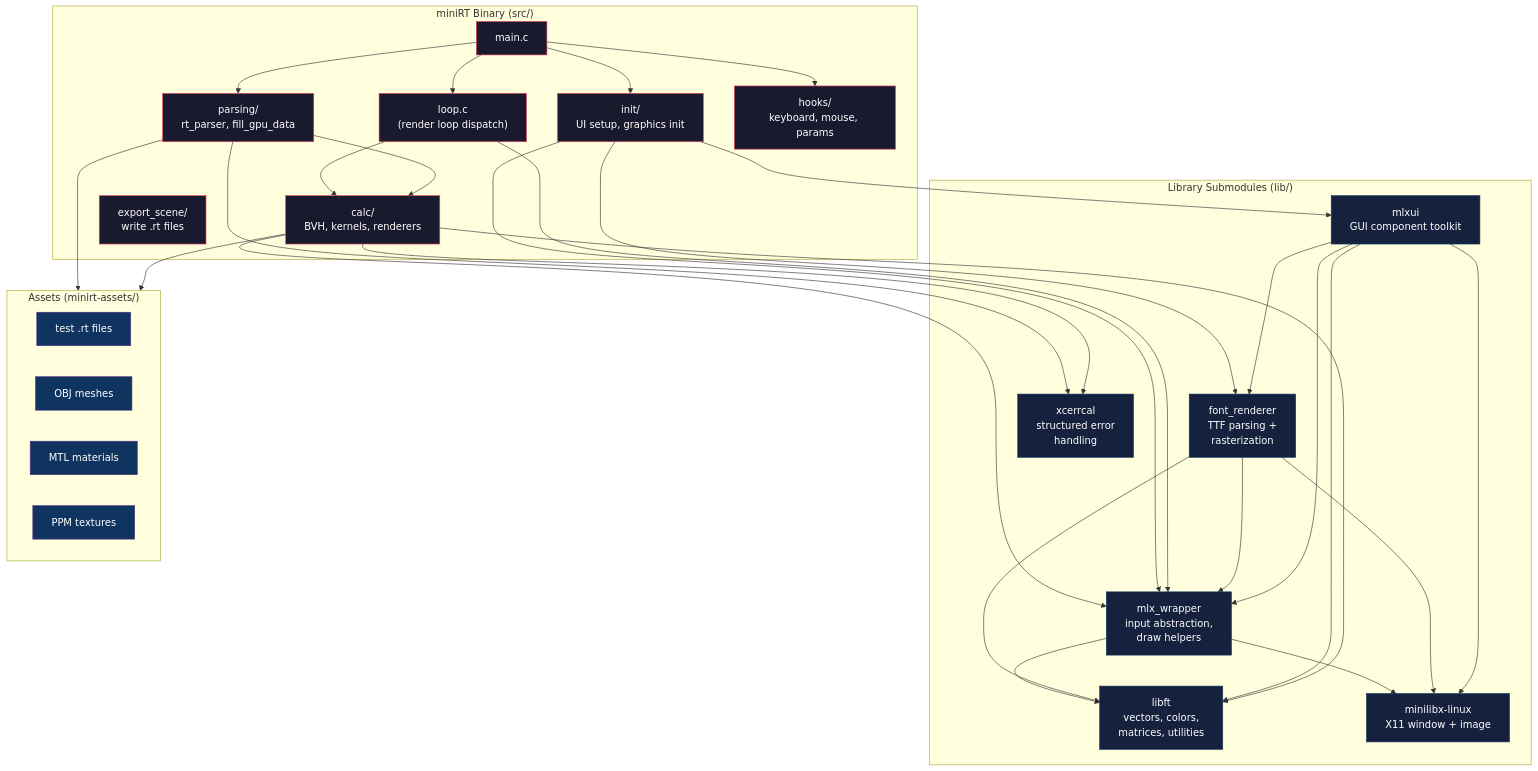
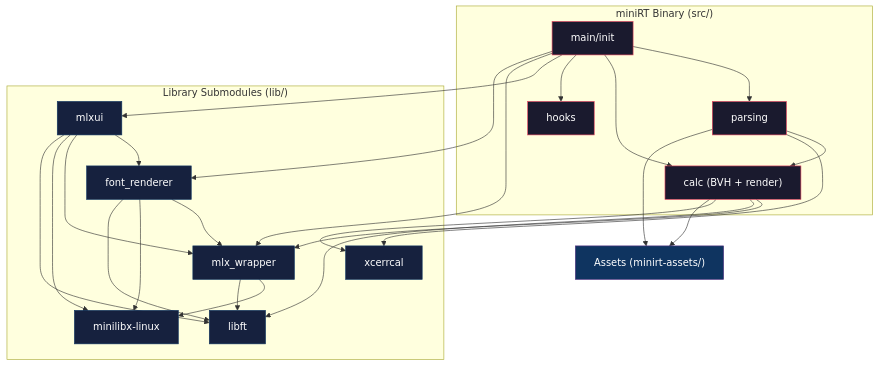
Before and after one commit to PabloBellissant/Minirt: the first of 2 diagrams in docs/01-architecture.md, drawn with Mermaid. The commit also changed other lines of this file and 14 other files, not shown here.

````diff
--- a/docs/01-architecture.md
+++ b/docs/01-architecture.md
@@ -103,64 +106,53 @@
 ```mermaid
 flowchart TB
     subgraph BINARY["miniRT Binary (src/)"]
-        MAIN["main.c"]
-        LOOP["loop.c<br/>(render loop dispatch)"]
-        PARSING["parsing/<br/>rt_parser, fill_gpu_data"]
-        CALC["calc/<br/>BVH, kernels, renderers"]
-        INIT["init/<br/>UI setup, graphics init"]
-        EXPORT["export_scene/<br/>write .rt files"]
-        HOOKS["hooks/<br/>keyboard, mouse, params"]
+        MAIN["main/init"]
+        PARSING["parsing"]
+        CALC["calc (BVH + render)"]
+        HOOKS["hooks"]
     end
 
     subgraph LIBS["Library Submodules (lib/)"]
-        LIBFT["libft<br/>vectors, colors,<br/>matrices, utilities"]
-        MLX["minilibx-linux<br/>X11 window + image"]
-        MLXW["mlx_wrapper<br/>input abstraction,<br/>draw helpers"]
-        FONT["font_renderer<br/>TTF parsing +<br/>rasterization"]
-        MLXUI["mlxui<br/>GUI component toolkit"]
-        XCERRCAL["xcerrcal<br/>structured error<br/>handling"]
+        LIBFT["libft"]
+        MLX["minilibx-linux"]
+        MLXW["mlx_wrapper"]
+        FONT["font_renderer"]
+        MLXUI["mlxui"]
+        XCERRCAL["xcerrcal"]
     end
 
-    subgraph ASSETS["Assets (minirt-assets/)"]
-        SCENES["test .rt files"]
-        MESHES["OBJ meshes"]
-        MATERIALS["MTL materials"]
-        TEXTURES["PPM textures"]
-    end
+    ASSETS["Assets (minirt-assets/)"]
 
     MAIN --> PARSING
-    MAIN --> INIT
-    MAIN --> LOOP
+    MAIN --> CALC
     MAIN --> HOOKS
-    LOOP --> CALC
     PARSING --> CALC
     CALC --> MLXW
-    INIT --> MLXUI
-    INIT --> MLXW
-    INIT --> FONT
-    LOOP --> MLXW
+    CALC --> LIBFT
+    CALC --> XCERRCAL
+    PARSING --> XCERRCAL
+    MAIN --> MLXUI
+    MAIN --> MLXW
+    MAIN --> FONT
 
     MLXW --> MLX
     MLXW --> LIBFT
     FONT --> MLXW
     FONT --> MLX
     FONT --> LIBFT
     MLXUI --> FONT
     MLXUI --> MLXW
     MLXUI --> MLX
     MLXUI --> LIBFT
-    PARSING --> XCERRCAL
-    CALC --> XCERRCAL
-    CALC --> LIBFT
 
     PARSING --> ASSETS
     CALC --> ASSETS
 
     classDef binary fill:#1a1a2e,stroke:#e94560,color:#fff
     classDef lib fill:#16213e,stroke:#0f3460,color:#fff
     classDef asset fill:#0f3460,stroke:#533483,color:#fff
 
-    class MAIN,LOOP,PARSING,CALC,INIT,EXPORT,HOOKS binary
+    class MAIN,PARSING,CALC,HOOKS binary
     class LIBFT,MLX,MLXW,FONT,MLXUI,XCERRCAL lib
-    class SCENES,MESHES,MATERIALS,TEXTURES asset
+    class ASSETS asset
 ```
````
